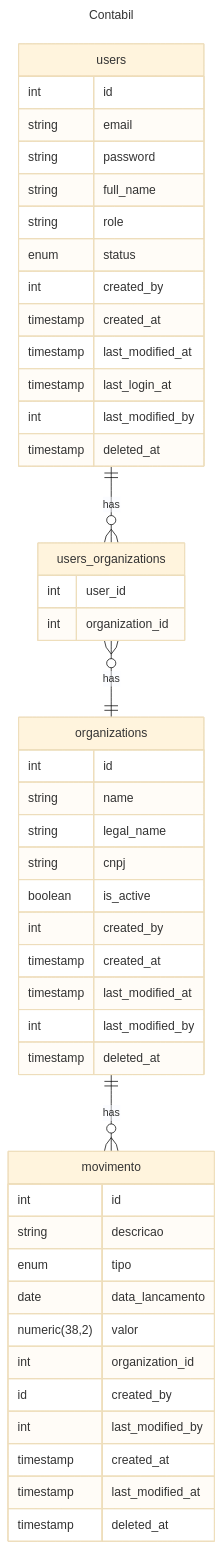
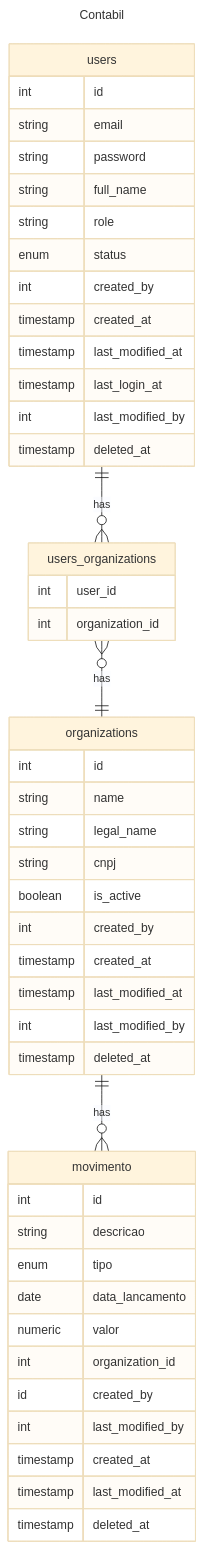
The diagram in README.MD (JMRwork/Contabil), drawn with Mermaid (base theme) before and after one commit.

Commit message:
fix mermaid chart mistake

````diff
--- a/README.MD
+++ b/README.MD
@@ -67,52 +67,52 @@
 ```mermaid
 ---
 title: Contabil
 ---
 erDiagram
     users ||--o{ users_organizations : has
     users_organizations }o--|| organizations : has
     organizations ||--o{ movimento : has
     users {
       int id
       string email
       string password
       string full_name
       string role
       enum status
       int created_by
       timestamp created_at
       timestamp last_modified_at
       timestamp last_login_at
       int last_modified_by
       timestamp deleted_at
     }
     users_organizations {
       int user_id
       int organization_id
     }
     organizations {
       int id
       string name
       string legal_name
       string cnpj
       boolean is_active
       int created_by
       timestamp created_at
       timestamp last_modified_at
       int last_modified_by
       timestamp deleted_at
     }
     movimento {
       int id
       string descricao
       enum tipo
       date data_lancamento
-      numeric(38,2) valor
+      numeric valor
       int organization_id
       id created_by
       int last_modified_by
       timestamp created_at
       timestamp last_modified_at
       timestamp deleted_at
     }
 ```
````
